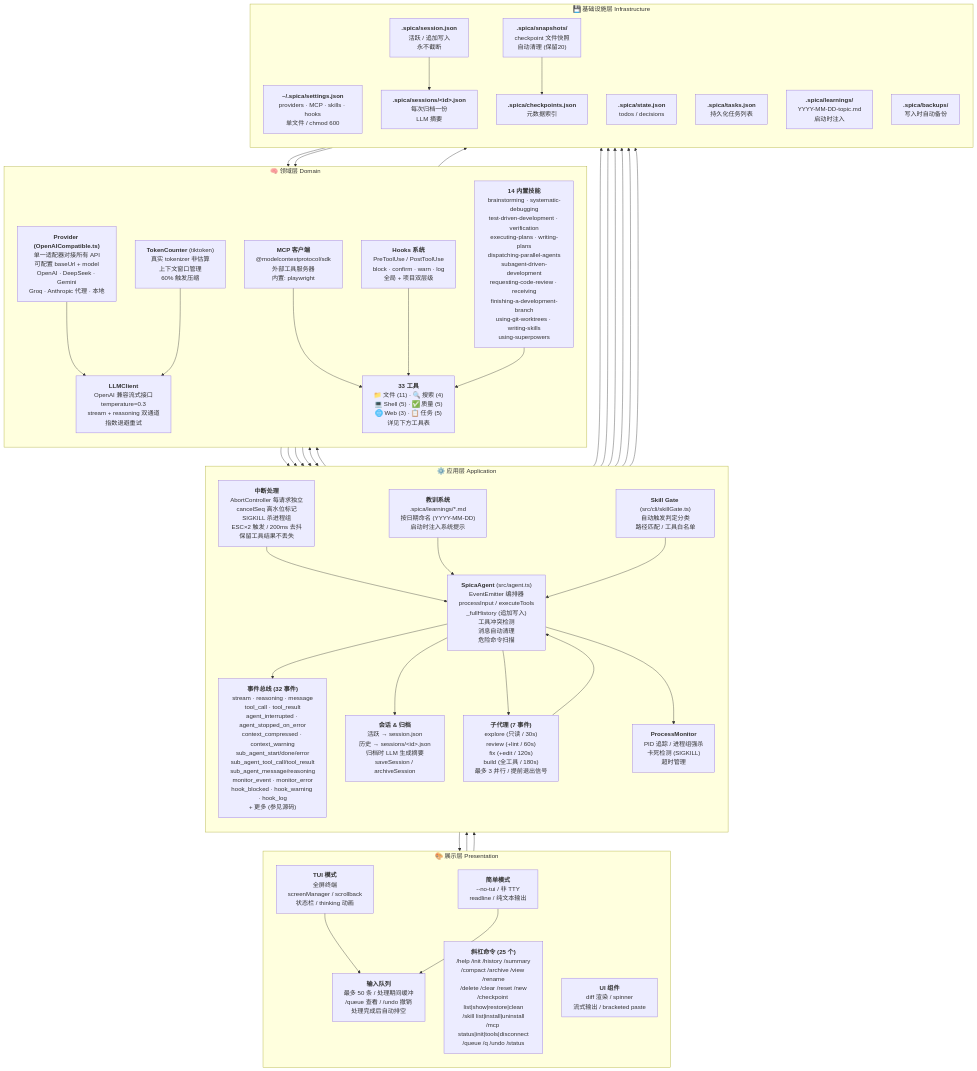
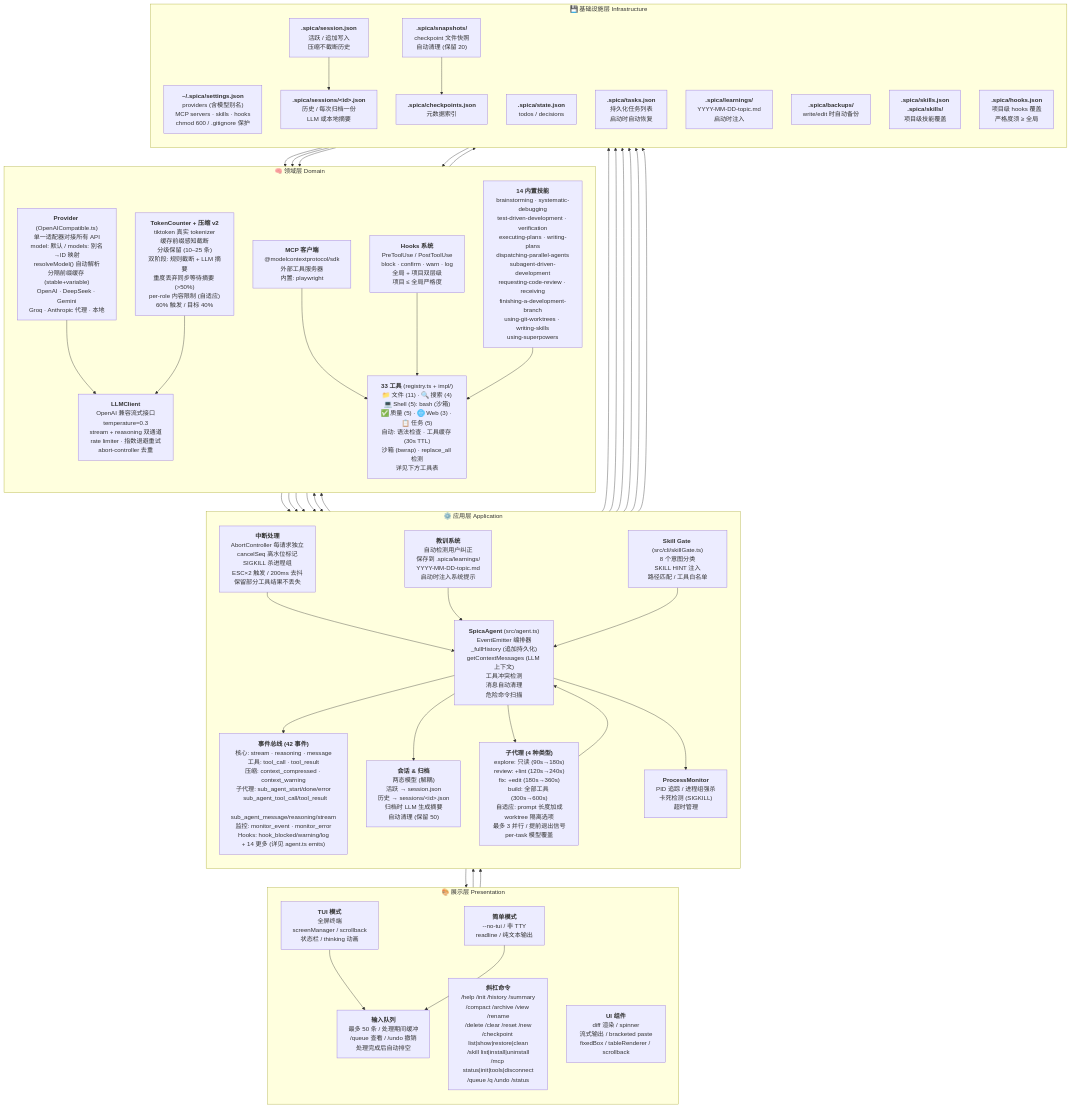
Before and after one commit to linnin233/spica-cli: the diagram in README_CN.md, drawn with Mermaid. The commit also changed 29 other files, not shown here.

First line of the commit message:
fix: accurate context counter + architecture diagrams

````diff
--- a/README_CN.md
+++ b/README_CN.md
@@ -60,45 +60,47 @@
         direction TB
         TUI["<b>TUI 模式</b><br/>全屏终端<br/>screenManager / scrollback<br/>状态栏 / thinking 动画"]
         SIMPLE["<b>简单模式</b><br/>--no-tui / 非 TTY<br/>readline / 纯文本输出"]
-        CMD["<b>斜杠命令 (25 个)</b><br/>/help /init /history /summary<br/>/compact /archive /view /rename<br/>/delete /clear /reset /new<br/>/checkpoint list|show|restore|clean<br/>/skill list|install|uninstall<br/>/mcp status|init|tools|disconnect<br/>/queue /q /undo /status"]
+        CMD["<b>斜杠命令</b><br/>/help /init /history /summary<br/>/compact /archive /view /rename<br/>/delete /clear /reset /new<br/>/checkpoint list|show|restore|clean<br/>/skill list|install|uninstall<br/>/mcp status|init|tools|disconnect<br/>/queue /q /undo /status"]
         IQ["<b>输入队列</b><br/>最多 50 条 / 处理期间缓冲<br/>/queue 查看 / /undo 撤销<br/>处理完成后自动排空"]
-        UI["<b>UI 组件</b><br/>diff 渲染 / spinner<br/>流式输出 / bracketed paste"]
+        UI["<b>UI 组件</b><br/>diff 渲染 / spinner<br/>流式输出 / bracketed paste<br/>fixedBox / tableRenderer / scrollback"]
     end
 
     subgraph APP["⚙️ 应用层 Application"]
         direction TB
-        AGENT["<b>SpicaAgent</b> (src/agent.ts)<br/>EventEmitter 编排器<br/>processInput / executeTools<br/>_fullHistory (追加写入)<br/>工具冲突检测<br/>消息自动清理<br/>危险命令扫描"]
-        GATE["<b>Skill Gate</b> (src/cli/skillGate.ts)<br/>自动触发判定分类<br/>路径匹配 / 工具白名单"]
-        EVENTS["<b>事件总线 (32 事件)</b><br/>stream · reasoning · message<br/>tool_call · tool_result<br/>agent_interrupted · agent_stopped_on_error<br/>context_compressed · context_warning<br/>sub_agent_start/done/error<br/>sub_agent_tool_call/tool_result<br/>sub_agent_message/reasoning<br/>monitor_event · monitor_error<br/>hook_blocked · hook_warning · hook_log<br/>+ 更多 (参见源码)"]
-        INTR["<b>中断处理</b><br/>AbortController 每请求独立<br/>cancelSeq 高水位标记<br/>SIGKILL 杀进程组<br/>ESC×2 触发 / 200ms 去抖<br/>保留工具结果不丢失"]
-        SESSION["<b>会话 & 归档</b><br/>活跃 → session.json<br/>历史 → sessions/&lt;id&gt;.json<br/>归档时 LLM 生成摘要<br/>saveSession / archiveSession"]
-        SUB["<b>子代理 (7 事件)</b><br/>explore (只读 / 30s)<br/>review (+lint / 60s)<br/>fix (+edit / 120s)<br/>build (全工具 / 180s)<br/>最多 3 并行 / 提前退出信号"]
+        AGENT["<b>SpicaAgent</b> (src/agent.ts)<br/>EventEmitter 编排器<br/>_fullHistory (追加持久化)<br/>getContextMessages (LLM 上下文)<br/>工具冲突检测<br/>消息自动清理<br/>危险命令扫描"]
+        GATE["<b>Skill Gate</b> (src/cli/skillGate.ts)<br/>8 个意图分类<br/>SKILL HINT 注入<br/>路径匹配 / 工具白名单"]
+        EVENTS["<b>事件总线 (42 事件)</b><br/>核心: stream · reasoning · message<br/>工具: tool_call · tool_result<br/>压缩: context_compressed · context_warning<br/>子代理: sub_agent_start/done/error<br/>  sub_agent_tool_call/tool_result<br/>  sub_agent_message/reasoning/stream<br/>监控: monitor_event · monitor_error<br/>Hooks: hook_blocked/warning/log<br/>+ 14 更多 (详见 agent.ts emits)"]
+        INTR["<b>中断处理</b><br/>AbortController 每请求独立<br/>cancelSeq 高水位标记<br/>SIGKILL 杀进程组<br/>ESC×2 触发 / 200ms 去抖<br/>保留部分工具结果不丢失"]
+        SESSION["<b>会话 & 归档</b><br/>两态模型 (解耦)<br/>活跃 → session.json<br/>历史 → sessions/&lt;id&gt;.json<br/>归档时 LLM 生成摘要<br/>自动清理 (保留 50)"]
+        SUB["<b>子代理 (4 种类型)</b><br/>explore: 只读 (90s→180s)<br/>review: +lint (120s→240s)<br/>fix: +edit (180s→360s)<br/>build: 全部工具 (300s→600s)<br/>自适应: prompt 长度加成<br/>worktree 隔离选项<br/>最多 3 并行 / 提前退出信号<br/>per-task 模型覆盖"]
         PMON["<b>ProcessMonitor</b><br/>PID 追踪 / 进程组强杀<br/>卡死检测 (SIGKILL)<br/>超时管理"]
-        LEARN["<b>教训系统</b><br/>.spica/learnings/*.md<br/>按日期命名 (YYYY-MM-DD)<br/>启动时注入系统提示"]
+        LEARN["<b>教训系统</b><br/>自动检测用户纠正<br/>保存到 .spica/learnings/<br/>YYYY-MM-DD-topic.md<br/>启动时注入系统提示"]
     end
 
     subgraph DOMAIN["🧠 领域层 Domain"]
         direction TB
-        LLM["<b>LLMClient</b><br/>OpenAI 兼容流式接口<br/>temperature=0.3<br/>stream + reasoning 双通道<br/>指数退避重试"]
-        PROV["<b>Provider (OpenAICompatible.ts)</b><br/>单一适配器对接所有 API<br/>可配置 baseUrl + model<br/>OpenAI · DeepSeek · Gemini<br/>Groq · Anthropic 代理 · 本地"]
-        TOK["<b>TokenCounter</b> (tiktoken)<br/>真实 tokenizer 非估算<br/>上下文窗口管理<br/>60% 触发压缩"]
-        TOOLS["<b>33 工具</b><br/>📁 文件 (11) · 🔍 搜索 (4)<br/>💻 Shell (5) · ✅ 质量 (5)<br/>🌐 Web (3) · 📋 任务 (5)<br/>详见下方工具表"]
+        LLM["<b>LLMClient</b><br/>OpenAI 兼容流式接口<br/>temperature=0.3<br/>stream + reasoning 双通道<br/>rate limiter · 指数退避重试<br/>abort-controller 去重"]
+        PROV["<b>Provider</b> (OpenAICompatible.ts)<br/>单一适配器对接所有 API<br/>model: 默认 / models: 别名→ID 映射<br/>resolveModel() 自动解析<br/>分隔前缀缓存 (stable+variable)<br/>OpenAI · DeepSeek · Gemini<br/>Groq · Anthropic 代理 · 本地"]
+        TOK["<b>TokenCounter + 压缩 v2</b><br/>tiktoken 真实 tokenizer<br/>缓存前缀感知截断<br/>分级保留 (10–25 条)<br/>双阶段: 规则截断 + LLM 摘要<br/>重度丢弃同步等待摘要 (>50%)<br/>per-role 内容限制 (自适应)<br/>60% 触发 / 目标 40%"]
+        TOOLS["<b>33 工具</b> (registry.ts + impl/)<br/>📁 文件 (11) · 🔍 搜索 (4)<br/>💻 Shell (5): bash (沙箱)<br/>✅ 质量 (5) · 🌐 Web (3) · 📋 任务 (5)<br/>自动: 语法检查 · 工具缓存 (30s TTL)<br/>沙箱 (bwrap) · replace_all 检测<br/>详见下方工具表"]
         MCP["<b>MCP 客户端</b><br/>@modelcontextprotocol/sdk<br/>外部工具服务器<br/>内置: playwright"]
-        HOOKS["<b>Hooks 系统</b><br/>PreToolUse / PostToolUse<br/>block · confirm · warn · log<br/>全局 + 项目双层级"]
+        HOOKS["<b>Hooks 系统</b><br/>PreToolUse / PostToolUse<br/>block · confirm · warn · log<br/>全局 + 项目双层级<br/>项目 ≤ 全局严格度"]
         SKILLS["<b>14 内置技能</b><br/>brainstorming · systematic-debugging<br/>test-driven-development · verification<br/>executing-plans · writing-plans<br/>dispatching-parallel-agents<br/>subagent-driven-development<br/>requesting-code-review · receiving<br/>finishing-a-development-branch<br/>using-git-worktrees · writing-skills<br/>using-superpowers"]
     end
 
     subgraph INFRA["💾 基础设施层 Infrastructure"]
         direction TB
-        GLOBAL["<b>~/.spica/settings.json</b><br/>providers · MCP · skills · hooks<br/>单文件 / chmod 600"]
-        ACTIVE["<b>.spica/session.json</b><br/>活跃 / 追加写入<br/>永不截断"]
-        HIST["<b>.spica/sessions/&lt;id&gt;.json</b><br/>每次归档一份<br/>LLM 摘要"]
+        GLOBAL["<b>~/.spica/settings.json</b><br/>providers (含模型别名)<br/>MCP servers · skills · hooks<br/>chmod 600 / .gitignore 保护"]
+        ACTIVE["<b>.spica/session.json</b><br/>活跃 / 追加写入<br/>压缩不截断历史"]
+        HIST["<b>.spica/sessions/&lt;id&gt;.json</b><br/>历史 / 每次归档一份<br/>LLM 或本地摘要"]
         STATE["<b>.spica/state.json</b><br/>todos / decisions"]
-        TASKS["<b>.spica/tasks.json</b><br/>持久化任务列表"]
+        TASKS["<b>.spica/tasks.json</b><br/>持久化任务列表<br/>启动时自动恢复"]
         LEARNINGS["<b>.spica/learnings/</b><br/>YYYY-MM-DD-topic.md<br/>启动时注入"]
-        SNAPS["<b>.spica/snapshots/</b><br/>checkpoint 文件快照<br/>自动清理 (保留20)"]
+        SNAPS["<b>.spica/snapshots/</b><br/>checkpoint 文件快照<br/>自动清理 (保留 20)"]
         CHKJSON["<b>.spica/checkpoints.json</b><br/>元数据索引"]
-        BACKUPS["<b>.spica/backups/</b><br/>写入时自动备份"]
+        BACKUPS["<b>.spica/backups/</b><br/>write/edit 时自动备份"]
+        PSKILLS["<b>.spica/skills.json<br/>.spica/skills/</b><br/>项目级技能覆盖"]
+        PHOOKS["<b>.spica/hooks.json</b><br/>项目级 hooks 覆盖<br/>严格度须 ≥ 全局"]
     end
 
     TUI --> IQ
@@ -136,4 +138,6 @@
     AGENT --> SNAPS
     SNAPS --> CHKJSON
     TOOLS --> BACKUPS
+    PSKILLS --> SKILLS
+    PHOOKS --> HOOKS
 ```
````
